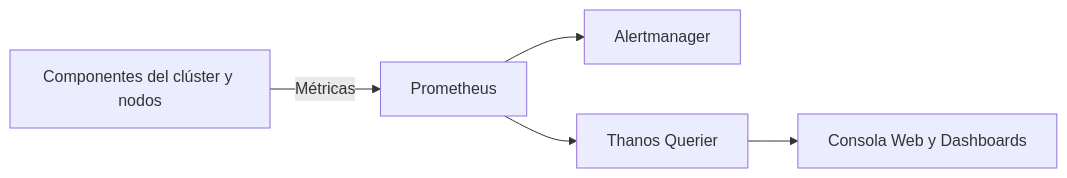
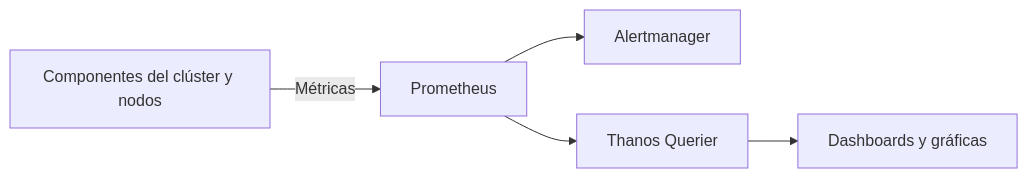
One commit to ieftraining/curso-openshift changed the first of 3 diagrams in docs/sesion3/3.1 Metricas y cuadros de mando.md. Above: the diagram before and after it, drawn with Mermaid. The commit also changed other lines of this file, not shown here.

````diff
--- a/docs/sesion3/3.1 Metricas y cuadros de mando.md
+++ b/docs/sesion3/3.1 Metricas y cuadros de mando.md
@@ -27,10 +28,10 @@
 ```mermaid
 flowchart LR
     A[Componentes del clúster y nodos]
     -->|Métricas| B[Prometheus]
 
     B --> C[Alertmanager]
     B --> D[Thanos Querier]
 
-    D --> E[Consola Web y Dashboards]
+    D --> E[Dashboards y gráficas]
 ```
````
